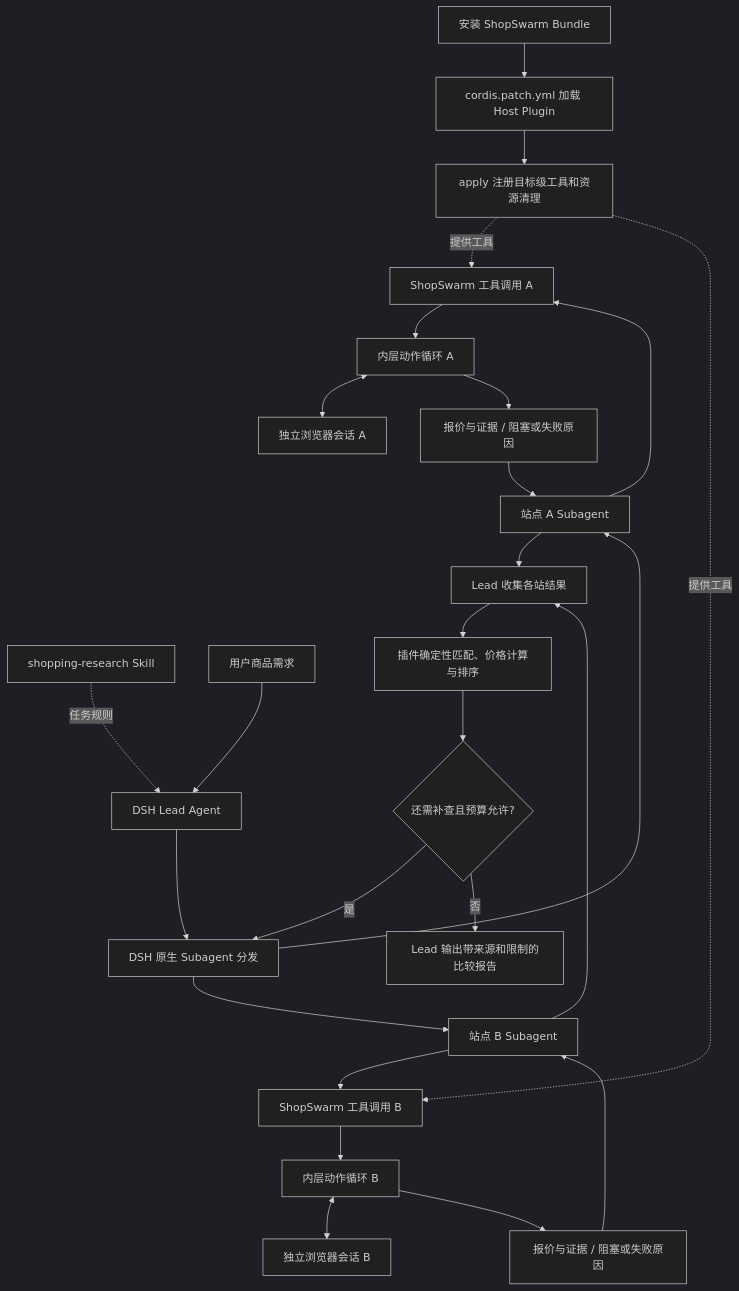
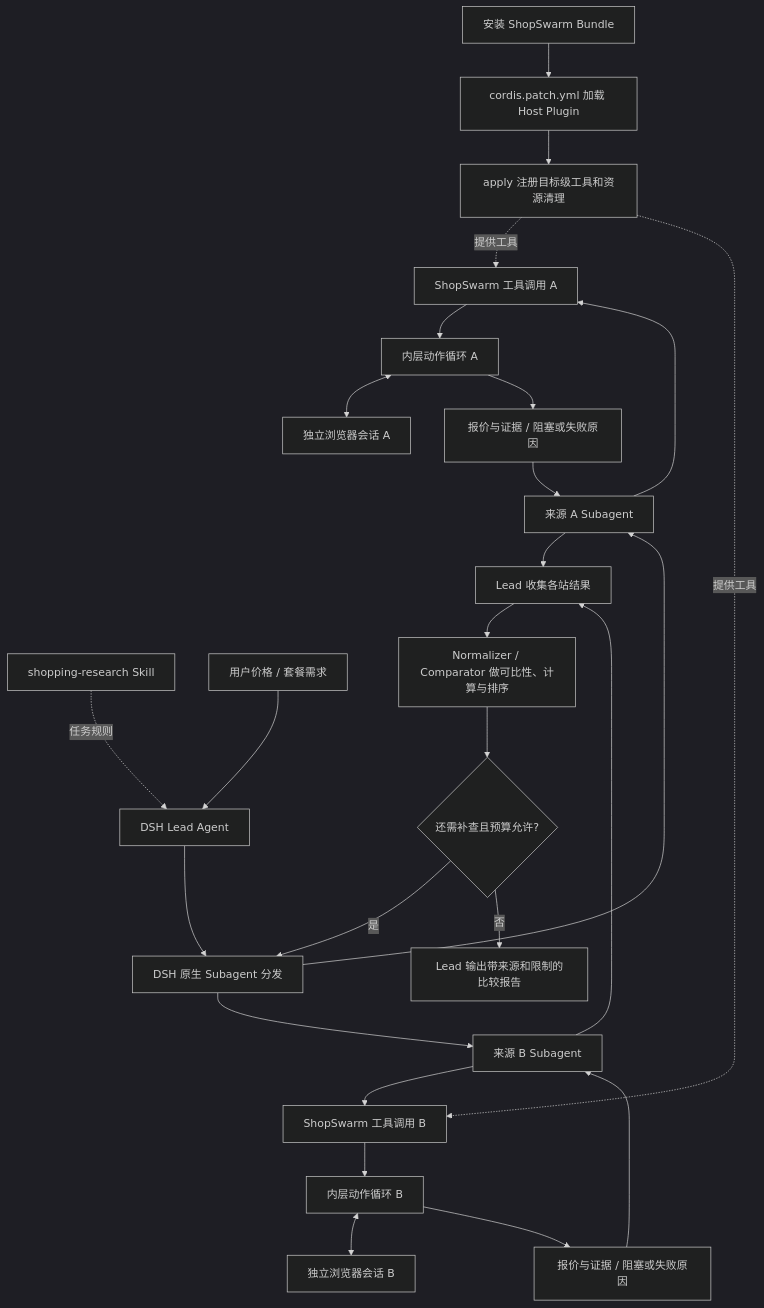
Before and after one commit to LetItBe12345/ShopSwarm: the first of 2 diagrams in DOC/项目架构与文件规划.md, drawn with Mermaid (dark theme). The commit also changed other lines of this file and 27 other files, not shown here.

````diff
--- a/DOC/项目架构与文件规划.md
+++ b/DOC/项目架构与文件规划.md
@@ -113,28 +121,28 @@
 ```mermaid
 flowchart TB
     bundle[安装 ShopSwarm Bundle] --> patch[cordis.patch.yml 加载 Host Plugin]
     patch --> register[apply 注册目标级工具和资源清理]
     skill[shopping-research Skill] -. 任务规则 .-> lead[DSH Lead Agent]
-    user[用户商品需求] --> lead
+    user[用户价格 / 套餐需求] --> lead
     lead --> split[DSH 原生 Subagent 分发]
-    split --> a[站点 A Subagent]
-    split --> b[站点 B Subagent]
+    split --> a[来源 A Subagent]
+    split --> b[来源 B Subagent]
     register -. 提供工具 .-> pa[ShopSwarm 工具调用 A]
     register -. 提供工具 .-> pb[ShopSwarm 工具调用 B]
     a --> pa
     b --> pb
     pa --> la[内层动作循环 A]
     pb --> lb[内层动作循环 B]
     la <--> ba[独立浏览器会话 A]
     lb <--> bb[独立浏览器会话 B]
     la --> ra[报价与证据 / 阻塞或失败原因]
     lb --> rb[报价与证据 / 阻塞或失败原因]
     ra --> a
     rb --> b
     a --> collect[Lead 收集各站结果]
     b --> collect
-    collect --> compare[插件确定性匹配、价格计算与排序]
+    collect --> compare[Normalizer / Comparator 做可比性、计算与排序]
     compare --> assess{还需补查且预算允许?}
     assess -->|是| split
     assess -->|否| report[Lead 输出带来源和限制的比较报告]
 ```
````
